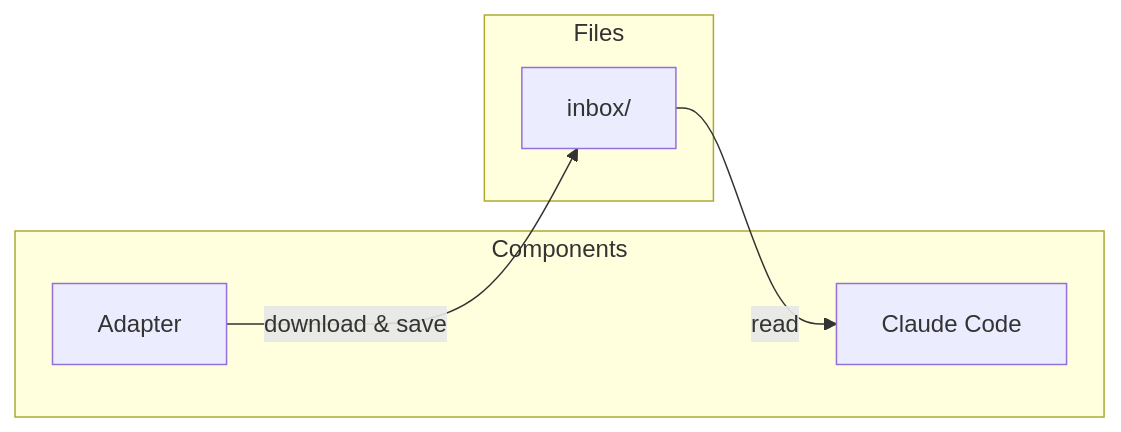
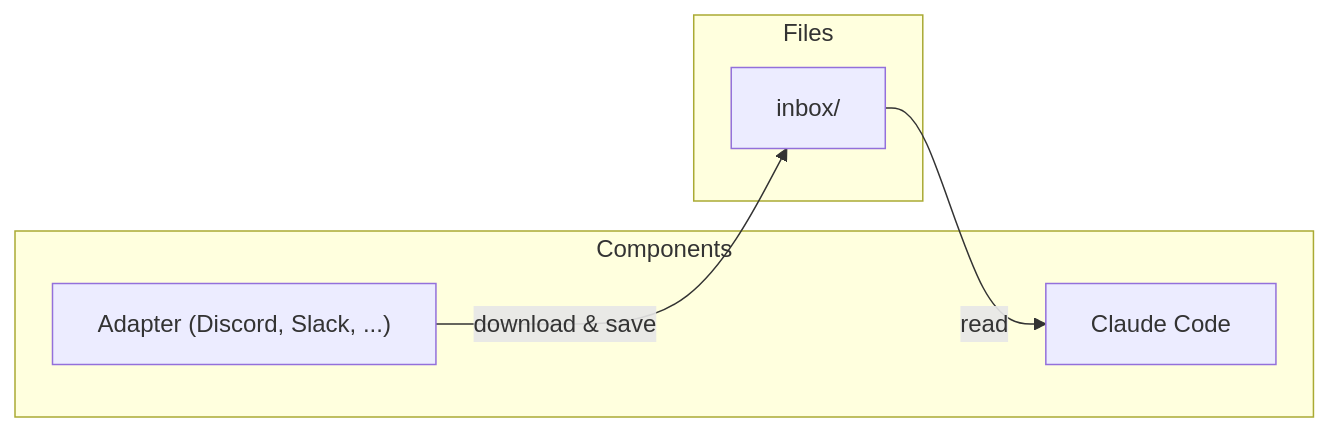
Diagram 12 of 12 in docs/guides/architecture.md (HealGaren/claude-channel-mux), drawn with Mermaid before and after one commit. The commit also changed other lines of this file, not shown here.

Commit message:
docs: fix broken mermaid syntax, add adapter platform hint

````diff
--- a/docs/guides/architecture.md
+++ b/docs/guides/architecture.md
@@ -250,13 +232,13 @@
 ```mermaid
 graph LR
     subgraph Components
-        Adapter
+        Adp["Adapter (Discord, Slack, ...)"]
         Claude[Claude Code]
     end
     subgraph Files
         INB[inbox/]
     end
 
-    Adapter -->|download & save| INB
+    Adp -->|download & save| INB
     INB -->|read| Claude
 ```
````
